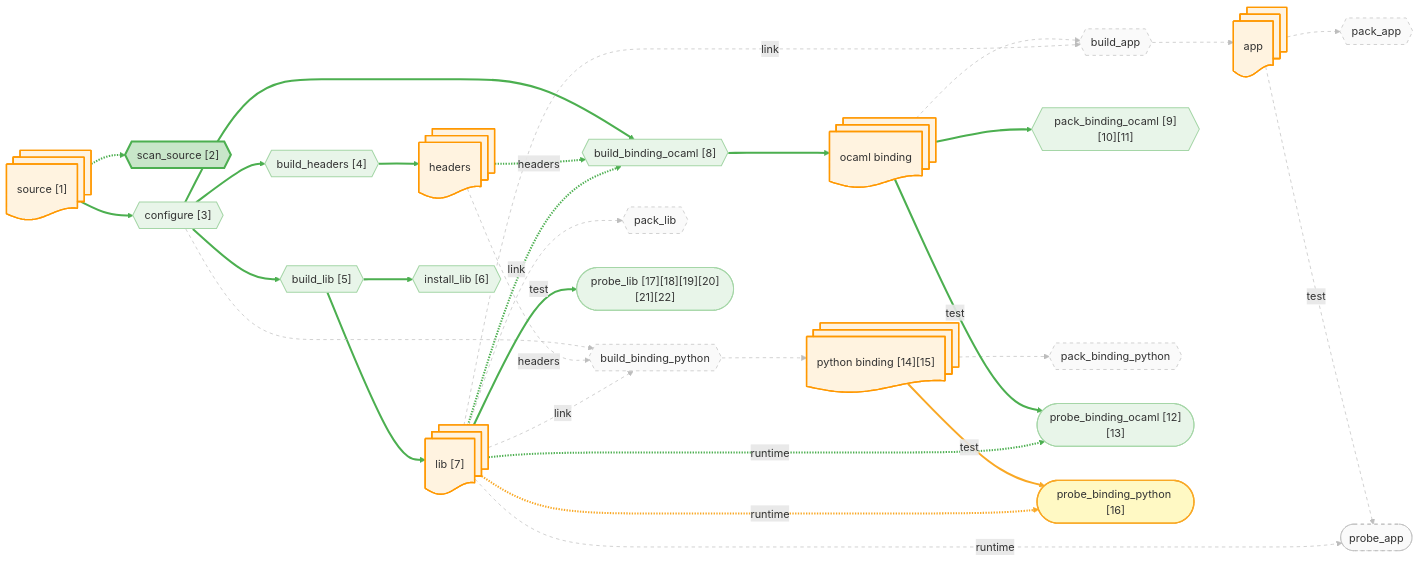
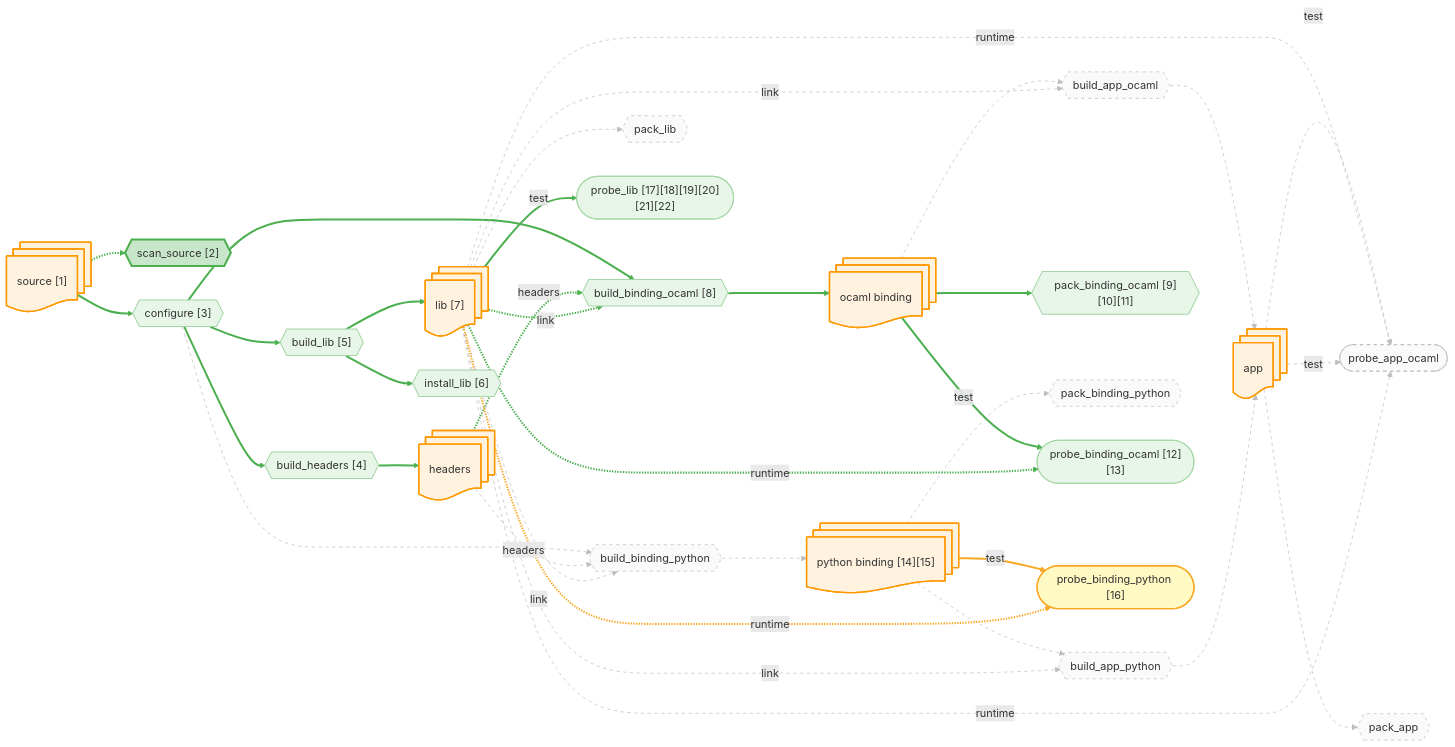
Before and after one commit to JHU-PL-Lab/tola: the diagram in docs/canary/projects/z3/-run/diagrams/source.mmd, drawn with Mermaid. The commit also changed 888 other files, not shown here.

```diff
--- a/docs/canary/projects/z3/-run/diagrams/source.mmd
+++ b/docs/canary/projects/z3/-run/diagrams/source.mmd
@@ -1,110 +1,124 @@
 %% view: source
 graph LR
     source_node@{ shape: docs, label: "source [1]" }
     headers_node@{ shape: docs, label: "headers" }
     lib_node@{ shape: docs, label: "lib [7]" }
     app_node@{ shape: docs, label: "app" }
     ocaml_binding_node@{ shape: docs, label: "ocaml binding" }
     python_binding_node@{ shape: docs, label: "python binding [14][15]" }
 
     A_scan_source{{"scan_source [2]"}}
     A_configure{{"configure [3]"}}
     A_build_headers{{"build_headers [4]"}}
     A_build_lib{{"build_lib [5]"}}
     A_build_binding_ocaml{{"build_binding_ocaml [8]"}}
+    A_build_app_ocaml{{"build_app_ocaml"}}
     A_build_binding_python{{"build_binding_python"}}
-    A_build_app{{"build_app"}}
+    A_build_app_python{{"build_app_python"}}
     A_install_lib{{"install_lib [6]"}}
     A_pack_binding_ocaml{{"pack_binding_ocaml [9][10][11]"}}
     A_pack_binding_python{{"pack_binding_python"}}
     A_pack_lib{{"pack_lib"}}
     A_pack_app{{"pack_app"}}
     A_probe_binding_ocaml(["probe_binding_ocaml [12][13]"])
+    A_probe_app_ocaml(["probe_app_ocaml"])
     A_probe_binding_python(["probe_binding_python [16]"])
+    A_probe_app_ocaml(["probe_app_ocaml"])
     A_probe_lib(["probe_lib [17][18][19][20][21][22]"])
-    A_probe_app(["probe_app"])
 
     source_node -.-> A_scan_source
     source_node --> A_configure
     A_configure --> A_build_headers
     A_build_headers --> headers_node
     A_configure --> A_build_lib
     A_build_lib --> lib_node
     A_configure --> A_build_binding_ocaml
     headers_node -.->|headers| A_build_binding_ocaml
     lib_node -.->|link| A_build_binding_ocaml
     A_build_binding_ocaml --> ocaml_binding_node
+    ocaml_binding_node --> A_build_app_ocaml
+    lib_node -.->|link| A_build_app_ocaml
+    A_build_app_ocaml --> app_node
     A_configure --> A_build_binding_python
     headers_node -.->|headers| A_build_binding_python
     lib_node -.->|link| A_build_binding_python
     A_build_binding_python --> python_binding_node
-    ocaml_binding_node --> A_build_app
-    lib_node -.->|link| A_build_app
-    A_build_app --> app_node
+    python_binding_node --> A_build_app_python
+    lib_node -.->|link| A_build_app_python
+    A_build_app_python --> app_node
     A_build_lib --> A_install_lib
     ocaml_binding_node --> A_pack_binding_ocaml
     python_binding_node --> A_pack_binding_python
     lib_node --> A_pack_lib
     app_node --> A_pack_app
     ocaml_binding_node -->|test| A_probe_binding_ocaml
     lib_node -.->|runtime| A_probe_binding_ocaml
+    app_node -->|test| A_probe_app_ocaml
+    lib_node -.->|runtime| A_probe_app_ocaml
     python_binding_node -->|test| A_probe_binding_python
     lib_node -.->|runtime| A_probe_binding_python
+    app_node -->|test| A_probe_app_ocaml
+    lib_node -.->|runtime| A_probe_app_ocaml
     lib_node -->|test| A_probe_lib
-    app_node -->|test| A_probe_app
-    lib_node -.->|runtime| A_probe_app
 
     classDef artifact fill:#fff3e0,stroke:#ff9800,stroke-width:2px
     classDef action fill:#f3e5f5,stroke:#9c27b0,stroke-width:2px
     classDef st_done fill:#c8e6c9,stroke:#4caf50,stroke-width:3px
     classDef st_done_ctx fill:#e8f5e9,stroke:#a5d6a7,stroke-width:1.5px
     classDef st_expected_fail fill:#fff9c4,stroke:#f9a825,stroke-width:2px
     classDef st_failed fill:#ffcdd2,stroke:#c62828,stroke-width:2px
     classDef st_skipped fill:#f5f5f5,stroke:#9e9e9e,stroke-dasharray:5
     classDef st_nospec fill:#fafafa,stroke:#bdbdbd,stroke-dasharray:5
     class source_node,headers_node,lib_node,app_node,ocaml_binding_node,python_binding_node artifact
     class A_scan_source st_done
     class A_configure st_done_ctx
     class A_build_headers st_done_ctx
     class A_build_lib st_done_ctx
     class A_build_binding_ocaml st_done_ctx
+    class A_build_app_ocaml st_nospec
     class A_build_binding_python st_nospec
-    class A_build_app st_nospec
+    class A_build_app_python st_nospec
     class A_install_lib st_done_ctx
     class A_pack_binding_ocaml st_done_ctx
     class A_pack_binding_python st_nospec
     class A_pack_lib st_nospec
     class A_pack_app st_nospec
     class A_probe_binding_ocaml st_done_ctx
+    class A_probe_app_ocaml st_nospec
     class A_probe_binding_python st_expected_fail
+    class A_probe_app_ocaml st_nospec
     class A_probe_lib st_done_ctx
-    class A_probe_app st_nospec
     linkStyle 0 stroke:#4caf50,stroke-width:3px
     linkStyle 1 stroke:#4caf50,stroke-width:3px
     linkStyle 2 stroke:#4caf50,stroke-width:3px
     linkStyle 3 stroke:#4caf50,stroke-width:3px
     linkStyle 4 stroke:#4caf50,stroke-width:3px
     linkStyle 5 stroke:#4caf50,stroke-width:3px
     linkStyle 6 stroke:#4caf50,stroke-width:3px
     linkStyle 7 stroke:#4caf50,stroke-width:3px
     linkStyle 8 stroke:#4caf50,stroke-width:3px
     linkStyle 9 stroke:#4caf50,stroke-width:3px
     linkStyle 10 stroke:#bdbdbd,stroke-width:1px,stroke-dasharray:5
     linkStyle 11 stroke:#bdbdbd,stroke-width:1px,stroke-dasharray:5
     linkStyle 12 stroke:#bdbdbd,stroke-width:1px,stroke-dasharray:5
     linkStyle 13 stroke:#bdbdbd,stroke-width:1px,stroke-dasharray:5
     linkStyle 14 stroke:#bdbdbd,stroke-width:1px,stroke-dasharray:5
     linkStyle 15 stroke:#bdbdbd,stroke-width:1px,stroke-dasharray:5
     linkStyle 16 stroke:#bdbdbd,stroke-width:1px,stroke-dasharray:5
-    linkStyle 17 stroke:#4caf50,stroke-width:3px
-    linkStyle 18 stroke:#4caf50,stroke-width:3px
+    linkStyle 17 stroke:#bdbdbd,stroke-width:1px,stroke-dasharray:5
+    linkStyle 18 stroke:#bdbdbd,stroke-width:1px,stroke-dasharray:5
     linkStyle 19 stroke:#bdbdbd,stroke-width:1px,stroke-dasharray:5
-    linkStyle 20 stroke:#bdbdbd,stroke-width:1px,stroke-dasharray:5
-    linkStyle 21 stroke:#bdbdbd,stroke-width:1px,stroke-dasharray:5
-    linkStyle 22 stroke:#4caf50,stroke-width:3px
-    linkStyle 23 stroke:#4caf50,stroke-width:3px
-    linkStyle 24 stroke:#f9a825,stroke-width:3px
-    linkStyle 25 stroke:#f9a825,stroke-width:3px
+    linkStyle 20 stroke:#4caf50,stroke-width:3px
+    linkStyle 21 stroke:#4caf50,stroke-width:3px
+    linkStyle 22 stroke:#bdbdbd,stroke-width:1px,stroke-dasharray:5
+    linkStyle 23 stroke:#bdbdbd,stroke-width:1px,stroke-dasharray:5
+    linkStyle 24 stroke:#bdbdbd,stroke-width:1px,stroke-dasharray:5
+    linkStyle 25 stroke:#4caf50,stroke-width:3px
     linkStyle 26 stroke:#4caf50,stroke-width:3px
     linkStyle 27 stroke:#bdbdbd,stroke-width:1px,stroke-dasharray:5
     linkStyle 28 stroke:#bdbdbd,stroke-width:1px,stroke-dasharray:5
+    linkStyle 29 stroke:#f9a825,stroke-width:3px
+    linkStyle 30 stroke:#f9a825,stroke-width:3px
+    linkStyle 31 stroke:#bdbdbd,stroke-width:1px,stroke-dasharray:5
+    linkStyle 32 stroke:#bdbdbd,stroke-width:1px,stroke-dasharray:5
+    linkStyle 33 stroke:#4caf50,stroke-width:3px
```
